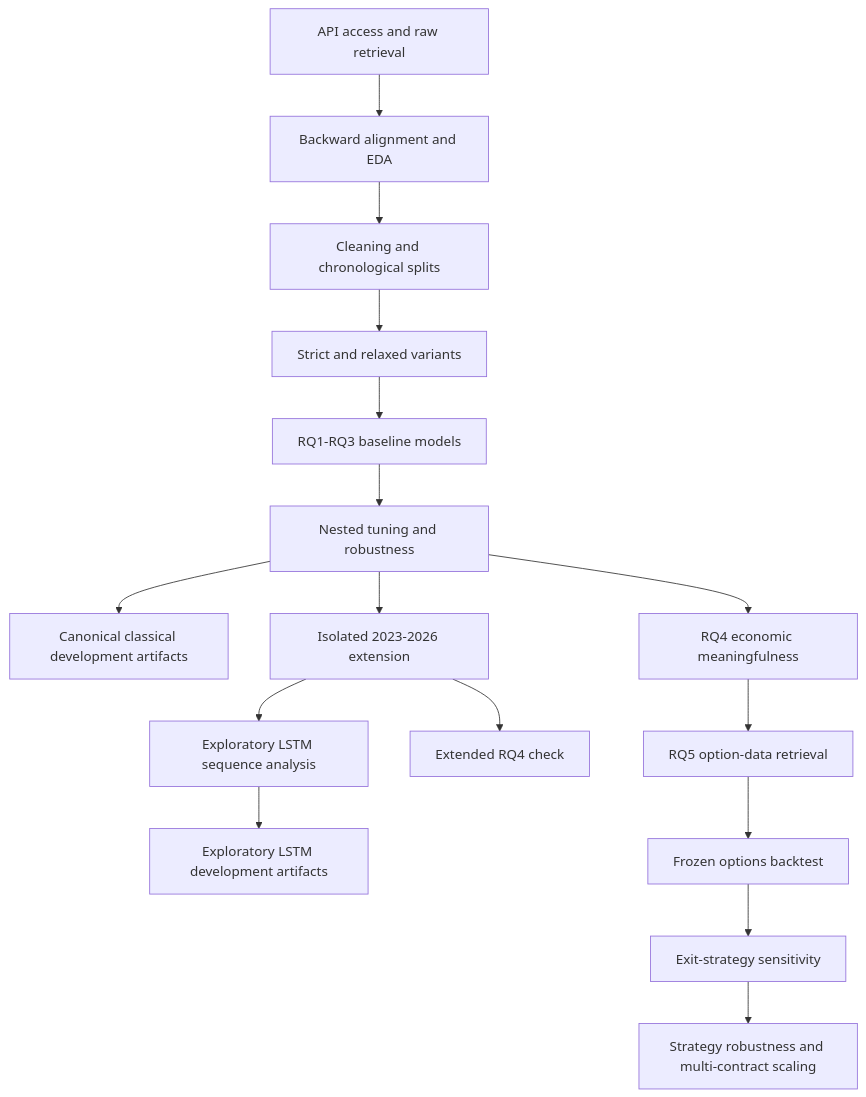
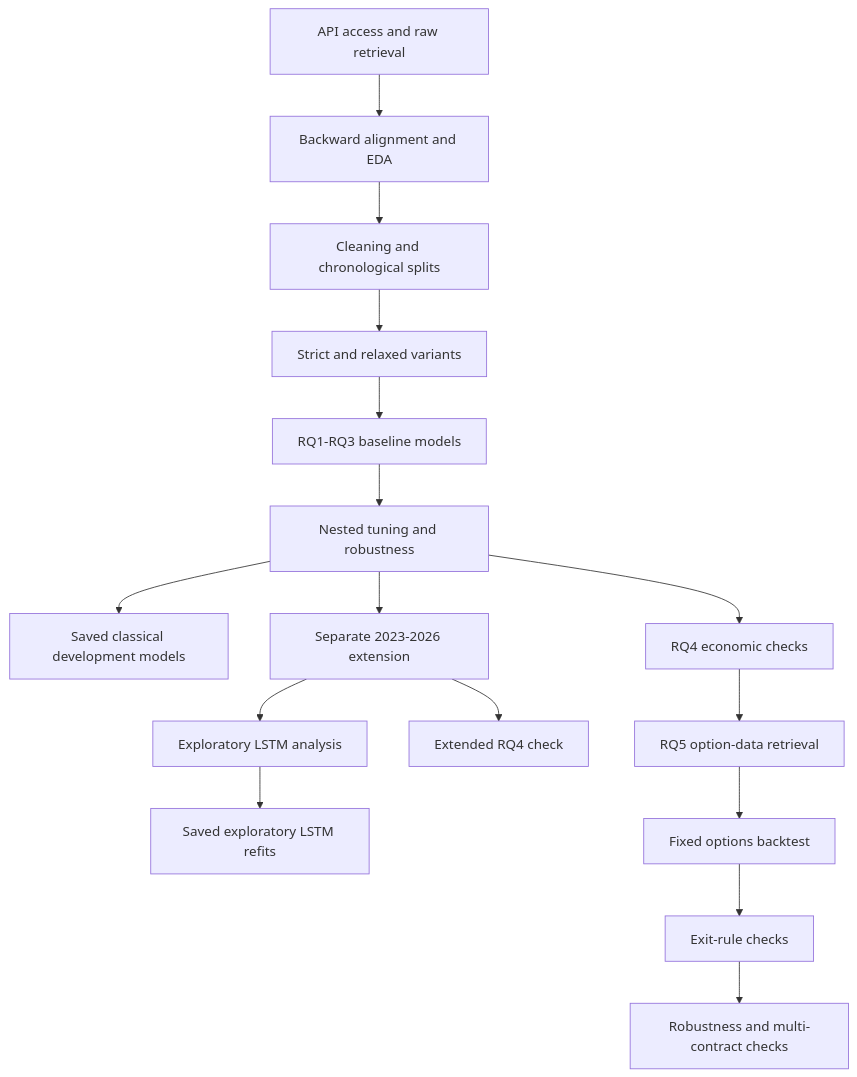
Before and after one commit to Ferreter/Dissertation: the diagram in docs/workflow.md, drawn with Mermaid. The commit also changed other lines of this file and 1 other file, not shown here.

````diff
--- a/docs/workflow.md
+++ b/docs/workflow.md
@@ -7,18 +7,18 @@
 ```mermaid
 flowchart TD
     A["API access and raw retrieval"] --> B["Backward alignment and EDA"]
     B --> C["Cleaning and chronological splits"]
     C --> D["Strict and relaxed variants"]
     D --> E["RQ1-RQ3 baseline models"]
     E --> F["Nested tuning and robustness"]
-    F --> G["Canonical classical development artifacts"]
-    F --> H["Isolated 2023-2026 extension"]
-    H --> I["Exploratory LSTM sequence analysis"]
-    I --> J["Exploratory LSTM development artifacts"]
-    F --> K["RQ4 economic meaningfulness"]
+    F --> G["Saved classical development models"]
+    F --> H["Separate 2023-2026 extension"]
+    H --> I["Exploratory LSTM analysis"]
+    I --> J["Saved exploratory LSTM refits"]
+    F --> K["RQ4 economic checks"]
     H --> L["Extended RQ4 check"]
     K --> M["RQ5 option-data retrieval"]
-    M --> N["Frozen options backtest"]
-    N --> O["Exit-strategy sensitivity"]
-    O --> P["Strategy robustness and multi-contract scaling"]
+    M --> N["Fixed options backtest"]
+    N --> O["Exit-rule checks"]
+    O --> P["Robustness and multi-contract checks"]
 ```
````
